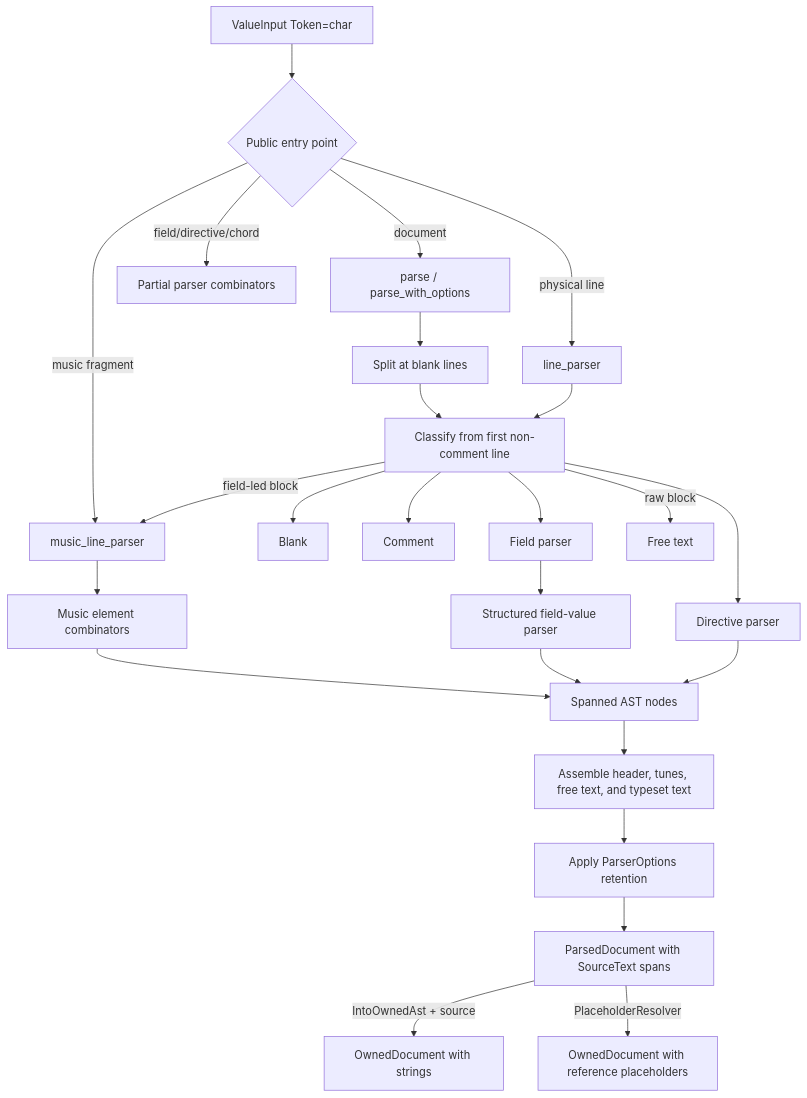
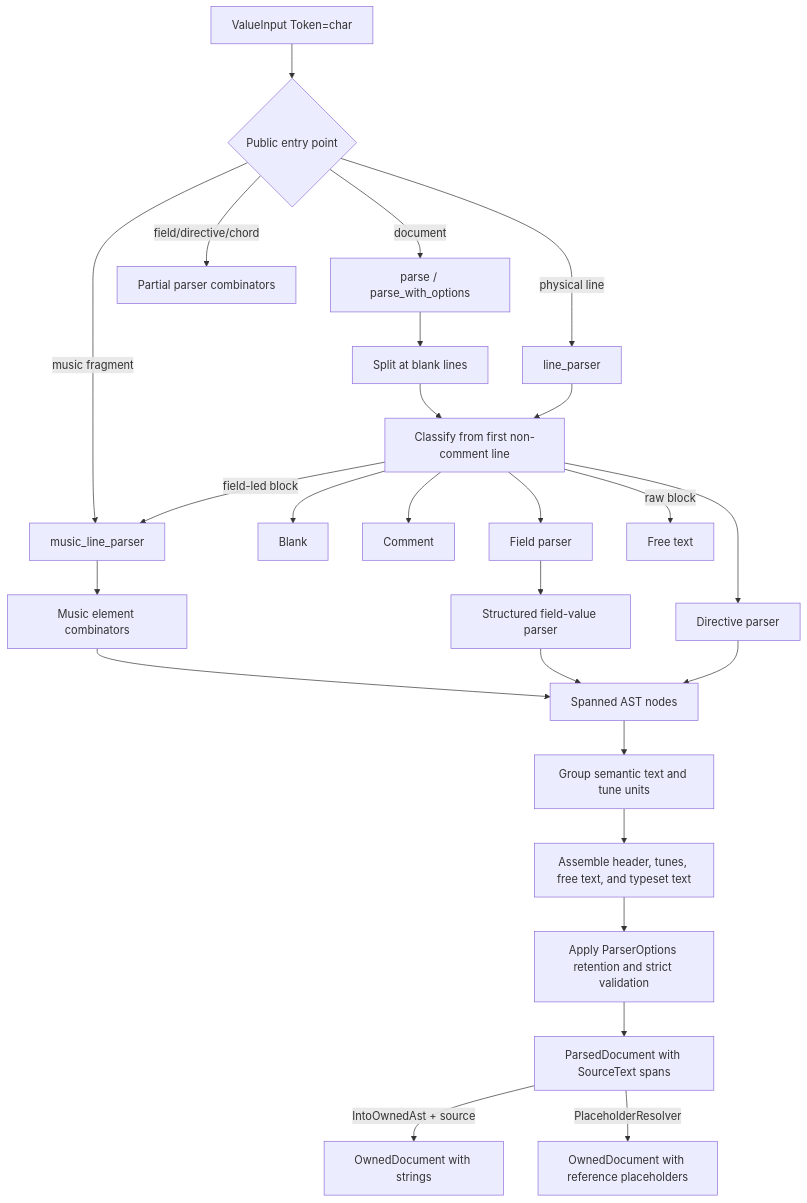
Before and after one commit to mauricebarnum/abc-parser: the first of 4 diagrams in docs/architecture.md, drawn with Mermaid. The commit also changed other lines of this file and 3 other files, not shown here.

````diff
--- a/docs/architecture.md
+++ b/docs/architecture.md
@@ -26,27 +26,28 @@
 ```mermaid
 flowchart TD
     source["ValueInput Token=char"] --> entry{Public entry point}
     entry -->|document| recovering[parse / parse_with_options]
     entry -->|physical line| line[line_parser]
     entry -->|music fragment| music[music_line_parser]
     entry -->|field/directive/chord| partial[Partial parser combinators]
     recovering --> split[Split at blank lines]
     split --> classify[Classify from first non-comment line]
     line --> classify
     classify --> blank[Blank]
     classify --> comment[Comment]
     classify --> directive[Directive parser]
     classify --> field[Field parser]
     classify -->|field-led block| music
     classify -->|raw block| free[Free text]
     field --> field_value[Structured field-value parser]
     music --> elements[Music element combinators]
     elements --> ast[Spanned AST nodes]
     field_value --> ast
     directive --> ast
-    ast --> ordered[Assemble header, tunes, free text, and typeset text]
-    ordered --> filter[Apply ParserOptions retention]
+    ast --> grouped[Group semantic text and tune units]
+    grouped --> ordered[Assemble header, tunes, free text, and typeset text]
+    ordered --> filter[Apply ParserOptions retention and strict validation]
     filter --> parsed[ParsedDocument with SourceText spans]
     parsed -->|IntoOwnedAst + source| owned[OwnedDocument with strings]
     parsed -->|PlaceholderResolver| detached[OwnedDocument with reference placeholders]
 ```
````
